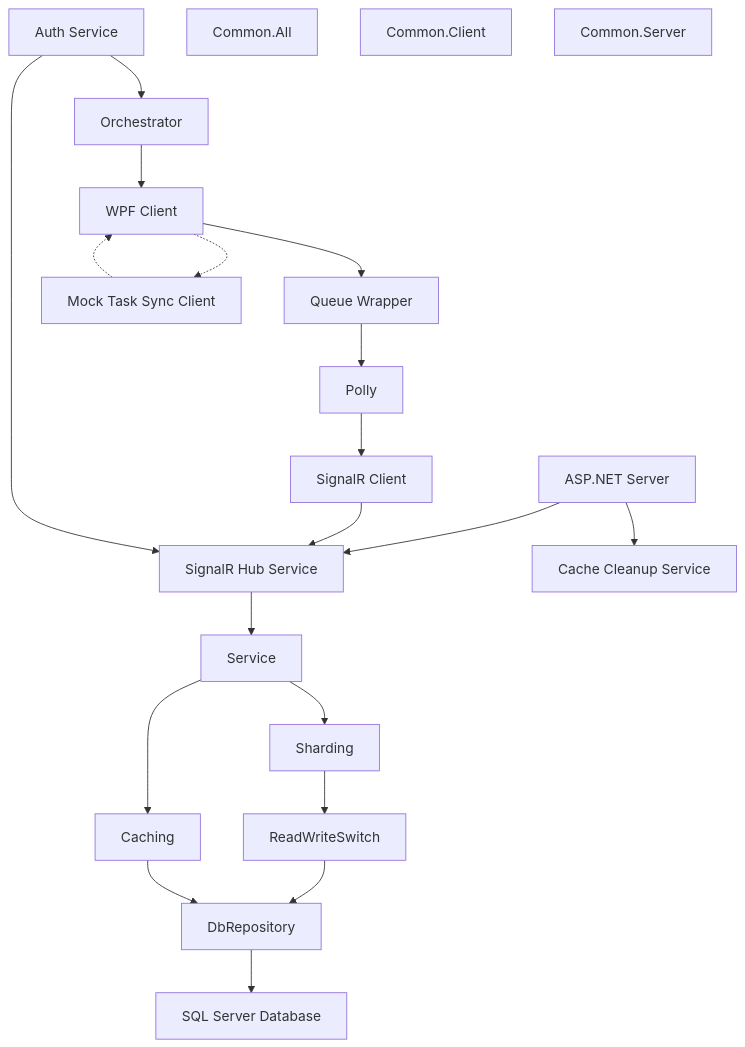
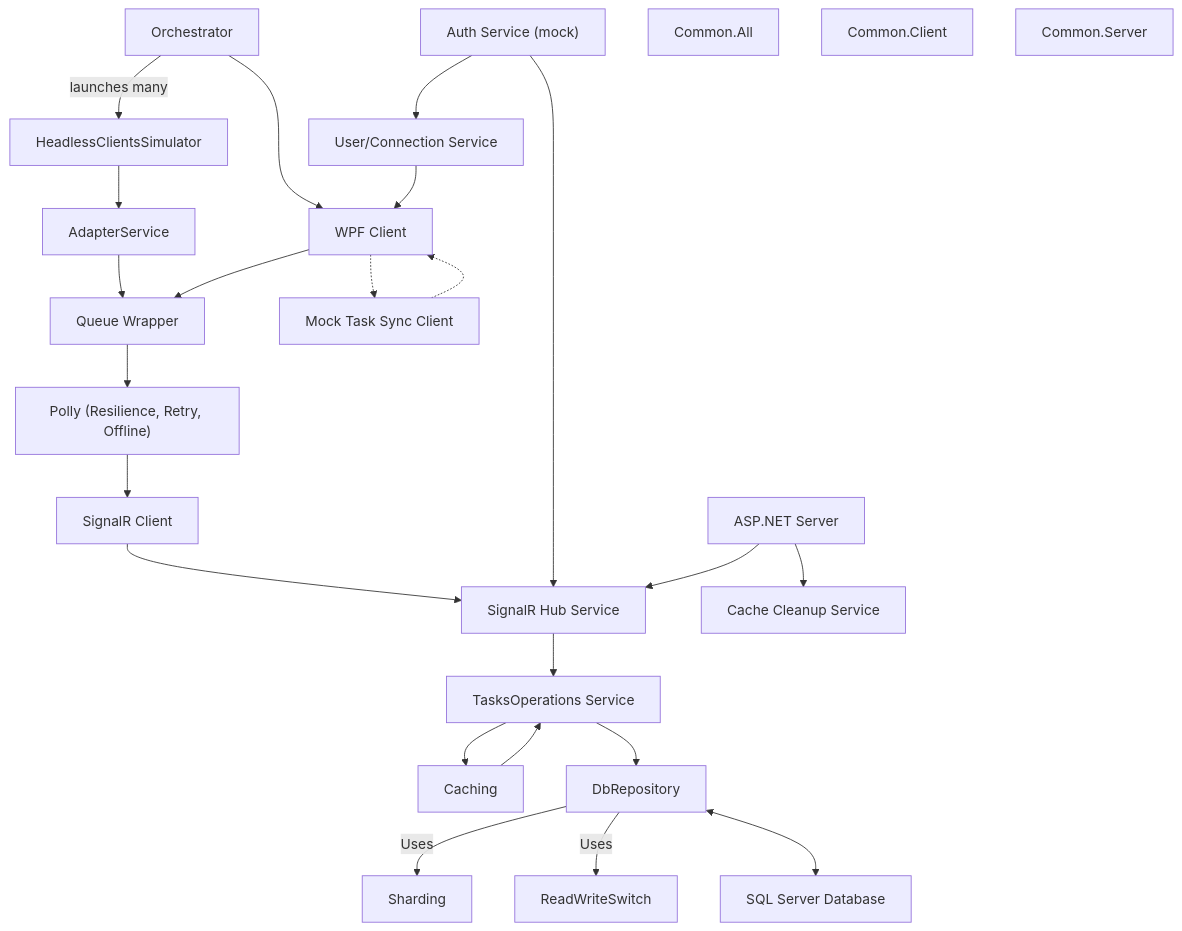
Before and after one commit to shaunday/ToDos: the diagram in README.md, drawn with Mermaid. The commit also changed other lines of this file, not shown here.

````diff
--- a/README.md
+++ b/README.md
@@ -66,53 +66,63 @@
 ```mermaid
 flowchart TB
-    %% Server Side
-    ServerApp["ASP.NET Server"]
-    SignalRHub["SignalR Hub Service"]
-    Service["Service"]
-    Caching["Caching"]
-    Sharding["Sharding"]
-    ReadWriteSwitch["ReadWriteSwitch"]
-    DbRepository["DbRepository"]
-    DB["SQL Server Database"]
-    CacheCleanup["Cache Cleanup Service"]
+    %% Top: Orchestrator
+    Orchestrator["Orchestrator"]
+    HeadlessSim["HeadlessClientsSimulator"]
+    AdapterService["AdapterService"]
+    Orchestrator --> UI
+    Orchestrator -- "launches many" --> HeadlessSim
+    HeadlessSim --> AdapterService
+    AdapterService --> Queue
 
-    ServerApp --> SignalRHub
-    SignalRHub --> Service
-    Service --> Caching
-    Service --> Sharding
-    Sharding --> ReadWriteSwitch
-    ReadWriteSwitch --> DbRepository
-    Caching --> DbRepository
-    DbRepository --> DB
-    ServerApp --> CacheCleanup
-
-    %% Client Side (simplified for clarity)
-    Orchestrator["Orchestrator"]
+    %% Client Side
     UI["WPF Client"]
     Queue["Queue Wrapper"]
-    Polly["Polly"]
+    Polly["Polly (Resilience, Retry, Offline)"]
     SignalRClient["SignalR Client"]
     Mock["Mock Task Sync Client"]
-    Orchestrator --> UI
+    UserConnService["User/Connection Service"]
+
     UI --> Queue
     Queue --> Polly
     Polly --> SignalRClient
     UI -.-> Mock
     Mock -.-> UI
     SignalRClient --> SignalRHub
+    UserConnService --> UI
 
-    %% Auth Service
-    AuthService["Auth Service"]
-    AuthService --> Orchestrator
+    %% Middle: Auth Service (mock)
+    AuthService["Auth Service (mock)"]
     AuthService --> SignalRHub
+    AuthService --> UserConnService
 
-    %% Common Projects (no lines, just listed at the bottom)
+    %% Middle: Server Side
+    SignalRHub["SignalR Hub Service"]
+    TasksOperations["TasksOperations Service"]
+    Caching["Caching"]
+    DbRepository["DbRepository"]
+    Sharding["Sharding"]
+    ReadWriteSwitch["ReadWriteSwitch"]
+    DB["SQL Server Database"]
+    CacheCleanup["Cache Cleanup Service"]
+
+    SignalRHub --> TasksOperations
+    TasksOperations --> Caching
+    Caching --> TasksOperations
+    TasksOperations --> DbRepository
+    DbRepository -- Uses --> Sharding
+    DbRepository -- Uses --> ReadWriteSwitch
+    DbRepository <--> DB
+    ServerApp["ASP.NET Server"]
+    ServerApp --> SignalRHub
+    ServerApp --> CacheCleanup
+
+    %% Right: Shared/Common
     CommonAll["Common.All"]
     CommonClient["Common.Client"]
     CommonServer["Common.Server"]
 
-    %% Position common projects visually
+    %% Position common projects visually (no lines)
     CommonAll
     CommonClient
     CommonServer
 ```
````
